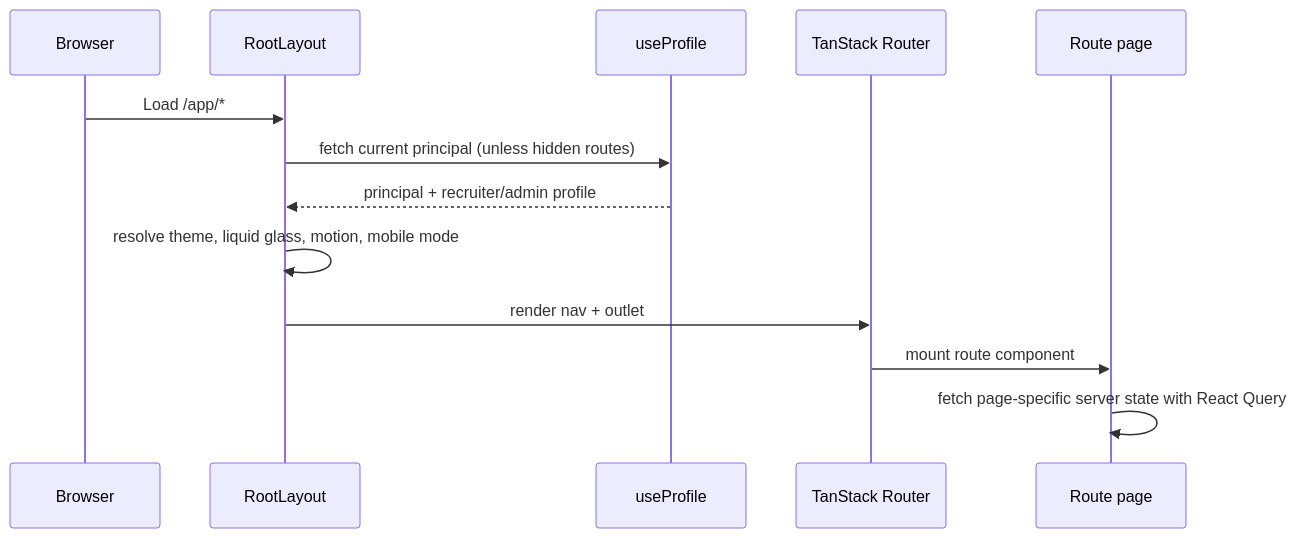
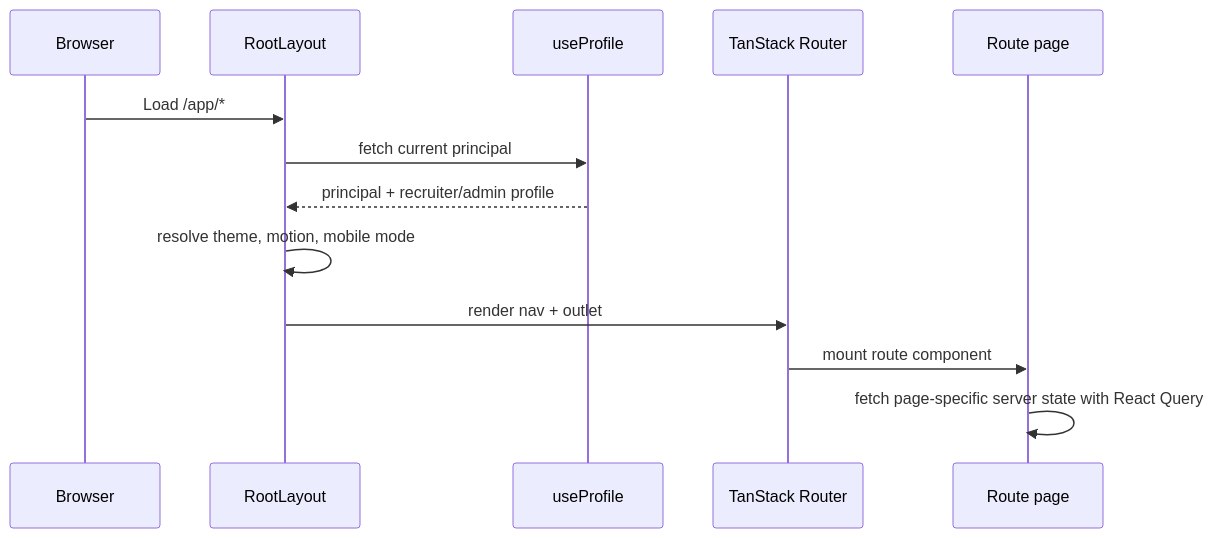
One commit to padka/HR changed the first of 5 diagrams in docs/frontend/state-flows.md. Above: the diagram before and after it, drawn with Mermaid. The commit also changed other lines of this file and 68 other files, not shown here.

````diff
--- a/docs/frontend/state-flows.md
+++ b/docs/frontend/state-flows.md
@@ -43,16 +48,16 @@
 ```mermaid
 sequenceDiagram
   participant Browser
   participant Root as RootLayout
   participant Profile as useProfile
   participant Router as TanStack Router
   participant Page as Route page
 
   Browser->>Root: Load /app/*
-  Root->>Profile: fetch current principal (unless hidden routes)
+  Root->>Profile: fetch current principal
   Profile-->>Root: principal + recruiter/admin profile
-  Root->>Root: resolve theme, liquid glass, motion, mobile mode
+  Root->>Root: resolve theme, motion, mobile mode
   Root->>Router: render nav + outlet
   Router->>Page: mount route component
   Page->>Page: fetch page-specific server state with React Query
 ```
````
